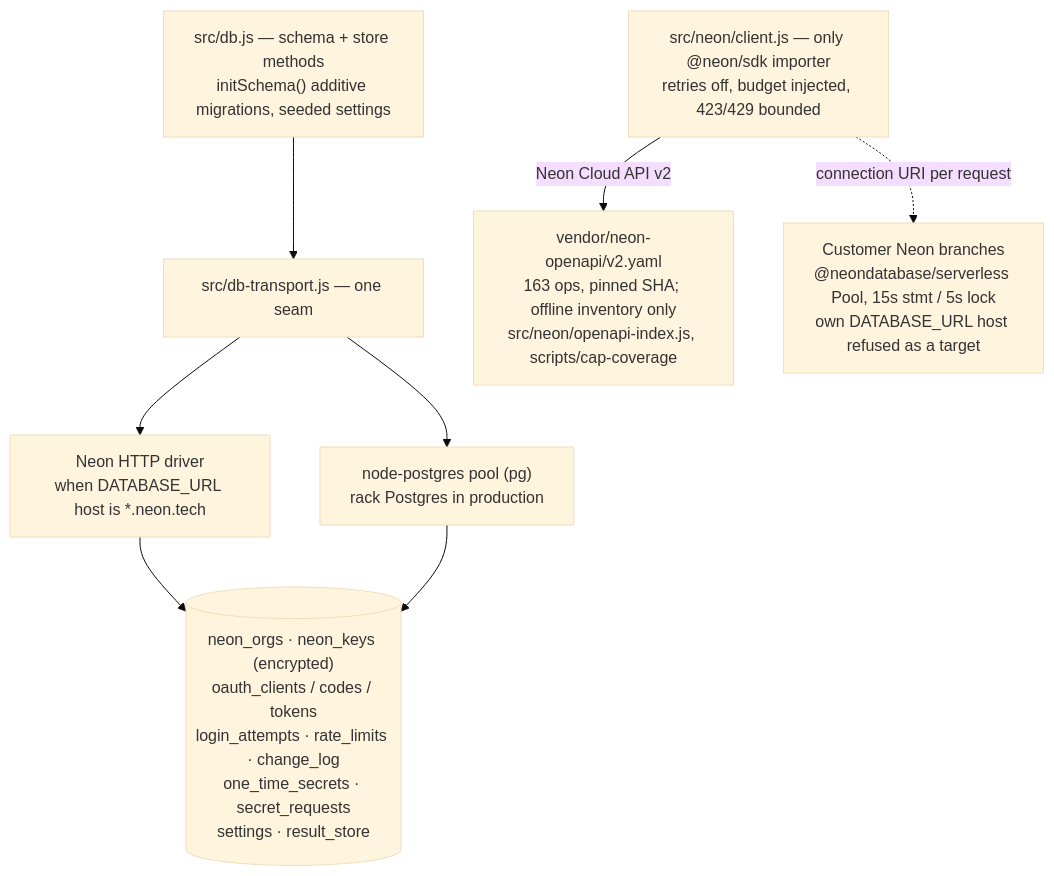
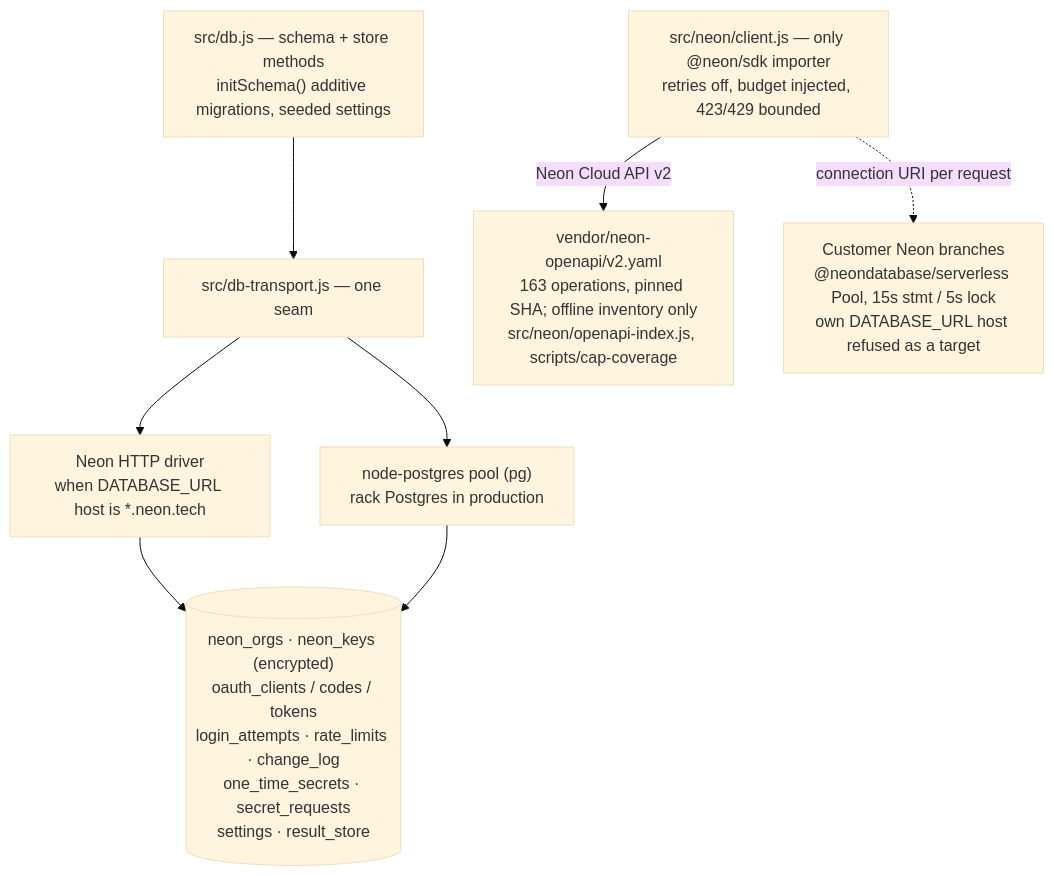
Before and after one commit to Robinson-AI-Systems/neon-mcp: the diagram in docs/relational-map/data-and-external.md, drawn with Mermaid (base theme). The commit also changed other lines of this file and 6 other files, not shown here.

````diff
--- a/docs/relational-map/data-and-external.md
+++ b/docs/relational-map/data-and-external.md
@@ -3,15 +3,15 @@
 ```mermaid
 flowchart TD
   DBjs["src/db.js — schema + store methods<br/>initSchema() additive migrations, seeded settings"]
   Transport["src/db-transport.js — one seam"]
   NeonHTTP["Neon HTTP driver<br/>when DATABASE_URL host is *.neon.tech"]
   PgPool["node-postgres pool (pg)<br/>rack Postgres in production"]
   Tables[("neon_orgs · neon_keys (encrypted)<br/>oauth_clients / codes / tokens<br/>login_attempts · rate_limits · change_log<br/>one_time_secrets · secret_requests<br/>settings · result_store")]
   Client["src/neon/client.js — only @neon/sdk importer<br/>retries off, budget injected, 423/429 bounded"]
-  OpenAPI["vendor/neon-openapi/v2.yaml<br/>163 ops, pinned SHA; offline inventory only<br/>src/neon/openapi-index.js, scripts/cap-coverage"]
+  OpenAPI["vendor/neon-openapi/v2.yaml<br/>163 operations, pinned SHA; offline inventory only<br/>src/neon/openapi-index.js, scripts/cap-coverage"]
   Target["Customer Neon branches<br/>@neondatabase/serverless Pool, 15s stmt / 5s lock<br/>own DATABASE_URL host refused as a target"]
 
   DBjs --> Transport --> NeonHTTP & PgPool --> Tables
   Client -->|"Neon Cloud API v2"| OpenAPI
   Client -.->|"connection URI per request"| Target
 ```
````
